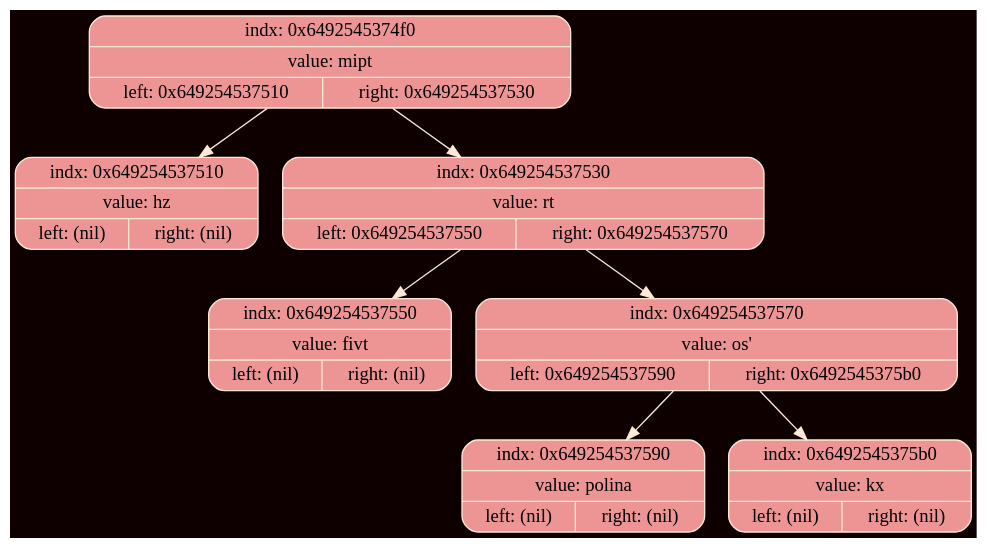
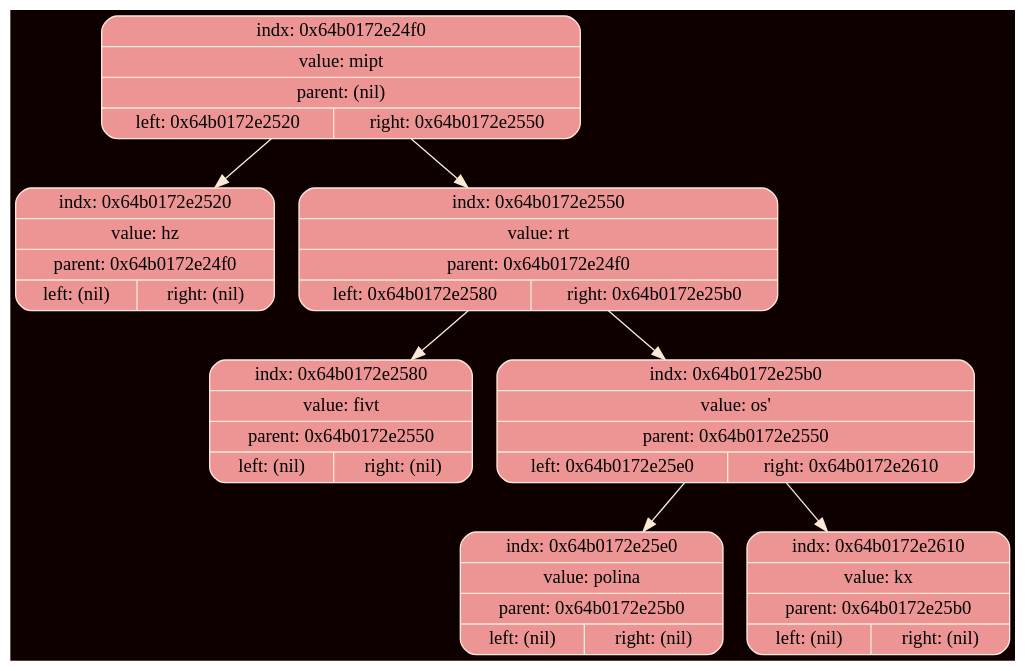
Before and after one commit to ksshkh/akinator: the diagram in debug/tree.dot, drawn with Graphviz. The commit also changed 9 other files, not shown here.

```diff
--- a/debug/tree.dot
+++ b/debug/tree.dot
@@ -1,19 +1,19 @@
 digraph Tree {
 	rankdir = TB;
 	node [shape = record];
 	edge[color = "#FEE8D6"];
 	bgcolor = "#0F0000";
-	node0x6492545374f0 [color = "#FEE8D6", shape = Mrecord, style = filled, fillcolor = "#EC9594", label = "{indx: 0x6492545374f0 | value: mipt | { left: 0x649254537510 | right: 0x649254537530}}"];
-		node0x6492545374f0 -> node0x649254537510
-	node0x649254537510 [color = "#FEE8D6", shape = Mrecord, style = filled, fillcolor = "#EC9594", label = "{indx: 0x649254537510 | value: hz | { left: (nil) | right: (nil)}}"];
-		node0x6492545374f0 -> node0x649254537530
-	node0x649254537530 [color = "#FEE8D6", shape = Mrecord, style = filled, fillcolor = "#EC9594", label = "{indx: 0x649254537530 | value: rt | { left: 0x649254537550 | right: 0x649254537570}}"];
-		node0x649254537530 -> node0x649254537550
-	node0x649254537550 [color = "#FEE8D6", shape = Mrecord, style = filled, fillcolor = "#EC9594", label = "{indx: 0x649254537550 | value: fivt | { left: (nil) | right: (nil)}}"];
-		node0x649254537530 -> node0x649254537570
-	node0x649254537570 [color = "#FEE8D6", shape = Mrecord, style = filled, fillcolor = "#EC9594", label = "{indx: 0x649254537570 | value: os' | { left: 0x649254537590 | right: 0x6492545375b0}}"];
-		node0x649254537570 -> node0x649254537590
-	node0x649254537590 [color = "#FEE8D6", shape = Mrecord, style = filled, fillcolor = "#EC9594", label = "{indx: 0x649254537590 | value: polina | { left: (nil) | right: (nil)}}"];
-		node0x649254537570 -> node0x6492545375b0
-	node0x6492545375b0 [color = "#FEE8D6", shape = Mrecord, style = filled, fillcolor = "#EC9594", label = "{indx: 0x6492545375b0 | value: kx | { left: (nil) | right: (nil)}}"];
+	node0x64b0172e24f0 [color = "#FEE8D6", shape = Mrecord, style = filled, fillcolor = "#EC9594", label = "{indx: 0x64b0172e24f0 | value: mipt | parent: (nil) | { left: 0x64b0172e2520 | right: 0x64b0172e2550}}"];
+		node0x64b0172e24f0 -> node0x64b0172e2520
+	node0x64b0172e2520 [color = "#FEE8D6", shape = Mrecord, style = filled, fillcolor = "#EC9594", label = "{indx: 0x64b0172e2520 | value: hz | parent: 0x64b0172e24f0 | { left: (nil) | right: (nil)}}"];
+		node0x64b0172e24f0 -> node0x64b0172e2550
+	node0x64b0172e2550 [color = "#FEE8D6", shape = Mrecord, style = filled, fillcolor = "#EC9594", label = "{indx: 0x64b0172e2550 | value: rt | parent: 0x64b0172e24f0 | { left: 0x64b0172e2580 | right: 0x64b0172e25b0}}"];
+		node0x64b0172e2550 -> node0x64b0172e2580
+	node0x64b0172e2580 [color = "#FEE8D6", shape = Mrecord, style = filled, fillcolor = "#EC9594", label = "{indx: 0x64b0172e2580 | value: fivt | parent: 0x64b0172e2550 | { left: (nil) | right: (nil)}}"];
+		node0x64b0172e2550 -> node0x64b0172e25b0
+	node0x64b0172e25b0 [color = "#FEE8D6", shape = Mrecord, style = filled, fillcolor = "#EC9594", label = "{indx: 0x64b0172e25b0 | value: os' | parent: 0x64b0172e2550 | { left: 0x64b0172e25e0 | right: 0x64b0172e2610}}"];
+		node0x64b0172e25b0 -> node0x64b0172e25e0
+	node0x64b0172e25e0 [color = "#FEE8D6", shape = Mrecord, style = filled, fillcolor = "#EC9594", label = "{indx: 0x64b0172e25e0 | value: polina | parent: 0x64b0172e25b0 | { left: (nil) | right: (nil)}}"];
+		node0x64b0172e25b0 -> node0x64b0172e2610
+	node0x64b0172e2610 [color = "#FEE8D6", shape = Mrecord, style = filled, fillcolor = "#EC9594", label = "{indx: 0x64b0172e2610 | value: kx | parent: 0x64b0172e25b0 | { left: (nil) | right: (nil)}}"];
 }
```
